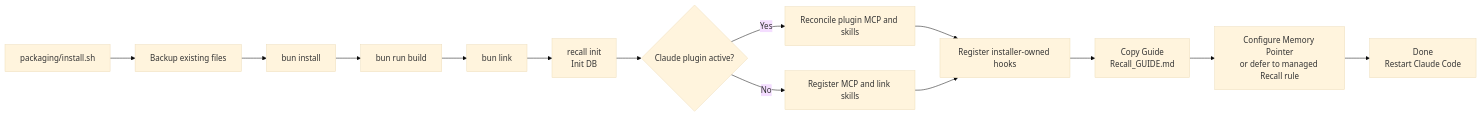
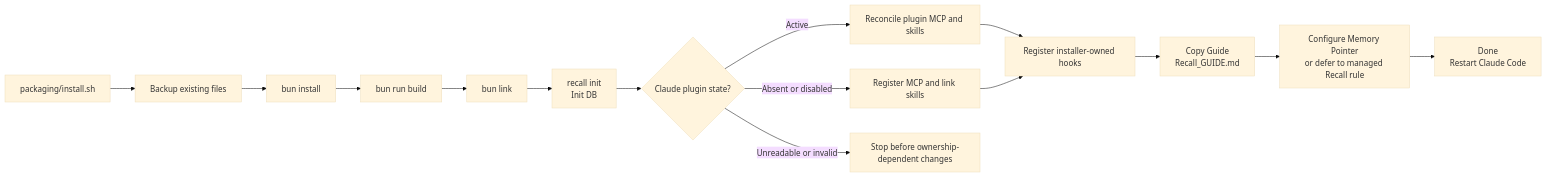
Before and after one commit to edheltzel/Recall: the diagram in docs/installation.md, drawn with Mermaid (base theme). The commit also changed other lines of this file and 4 other files, not shown here.

Commit message:
no-mistakes(document): Document fail-closed Claude plugin state handling

````diff
--- a/docs/installation.md
+++ b/docs/installation.md
@@ -186,16 +188,17 @@
 ```mermaid
 flowchart LR
     A[packaging/install.sh] --> B[Backup existing files]
     B --> C[bun install]
     C --> D[bun run build]
     D --> E[bun link]
     E --> F[recall init\nInit DB]
-    F --> G{Claude plugin active?}
-    G -->|Yes| H[Reconcile plugin MCP and skills]
-    G -->|No| I[Register MCP and link skills]
+    F --> G{Claude plugin state?}
+    G -->|Active| H[Reconcile plugin MCP and skills]
+    G -->|Absent or disabled| I[Register MCP and link skills]
+    G -->|Unreadable or invalid| X[Stop before ownership-dependent changes]
     H --> J[Register installer-owned hooks]
     I --> J
     J --> K[Copy Guide\nRecall_GUIDE.md]
     K --> L[Configure Memory Pointer\nor defer to managed Recall rule]
     L --> M[Done\nRestart Claude Code]
 ```
````
